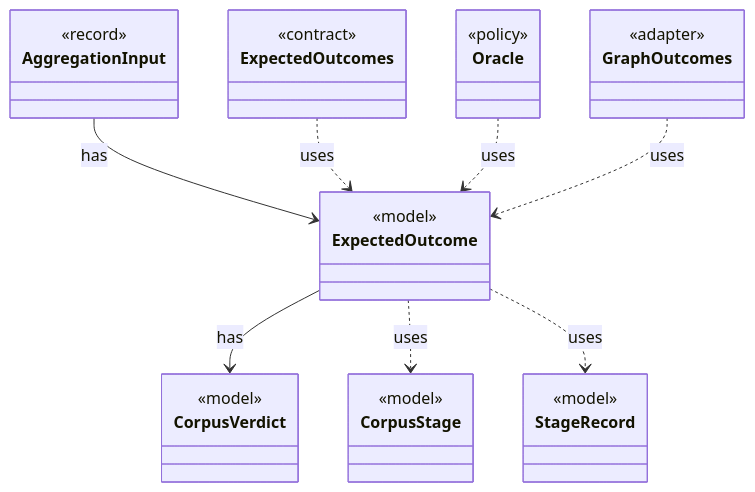
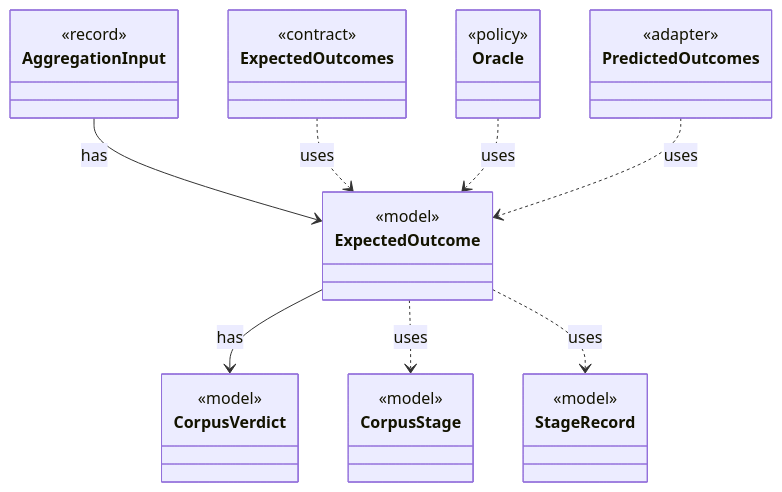
One commit to tlaplus/model-checker-hardening changed the diagram in dev/types/io.github.tlaplus.hardening.corpus.ExpectedOutcome.md. Above: the diagram before and after it, drawn with Mermaid. The commit also changed other lines of this file and 454 other files, not shown here.

````diff
--- a/dev/types/io.github.tlaplus.hardening.corpus.ExpectedOutcome.md
+++ b/dev/types/io.github.tlaplus.hardening.corpus.ExpectedOutcome.md
@@ -9,34 +9,34 @@
 ```mermaid
 classDiagram
   class ExpectedOutcome {
     <<model>>
   }
   class CorpusVerdict {
     <<model>>
   }
   class AggregationInput {
     <<record>>
   }
   class CorpusStage {
     <<model>>
   }
   class StageRecord {
     <<model>>
   }
   class ExpectedOutcomes {
     <<contract>>
   }
   class Oracle {
     <<policy>>
   }
-  class GraphOutcomes {
+  class PredictedOutcomes {
     <<adapter>>
   }
   ExpectedOutcome --> CorpusVerdict : has
   AggregationInput --> ExpectedOutcome : has
   ExpectedOutcome ..> CorpusStage : uses
   ExpectedOutcome ..> StageRecord : uses
   ExpectedOutcomes ..> ExpectedOutcome : uses
   Oracle ..> ExpectedOutcome : uses
-  GraphOutcomes ..> ExpectedOutcome : uses
+  PredictedOutcomes ..> ExpectedOutcome : uses
 ```
````
